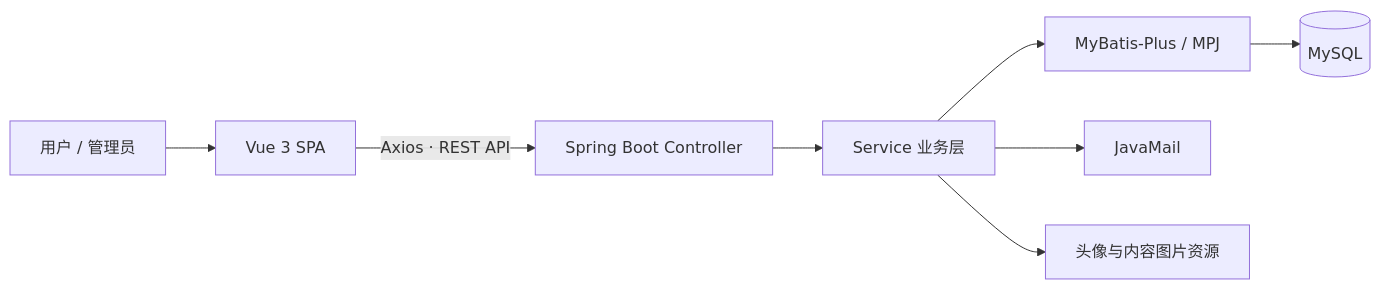
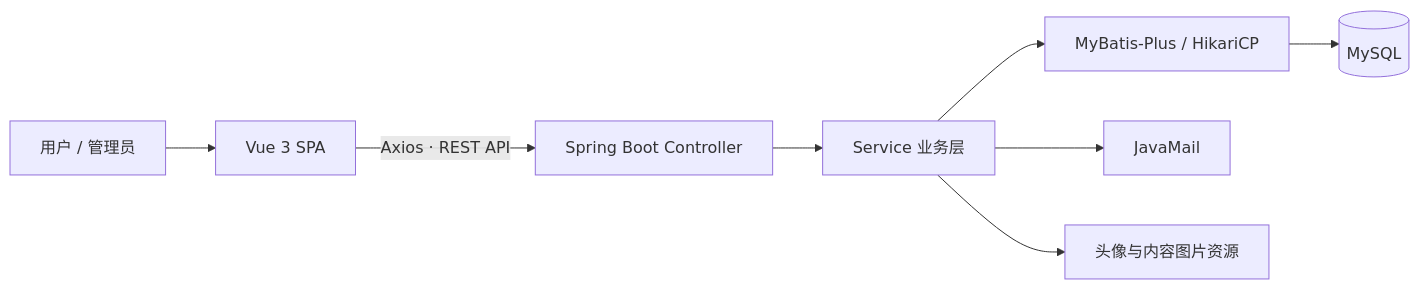
One commit to Jaily16/CC4C changed the diagram in README.md. Above: the diagram before and after it, drawn with Mermaid. The commit also changed other lines of this file and 49 other files, not shown here.

````diff
--- a/README.md
+++ b/README.md
@@ -117,10 +117,10 @@
 ```mermaid
 flowchart LR
     U[用户 / 管理员] --> V[Vue 3 SPA]
     V -->|Axios · REST API| C[Spring Boot Controller]
     C --> S[Service 业务层]
-    S --> M[MyBatis-Plus / MPJ]
+    S --> M[MyBatis-Plus / HikariCP]
     M --> D[(MySQL)]
     S --> E[JavaMail]
     S --> F[头像与内容图片资源]
 ```
````
